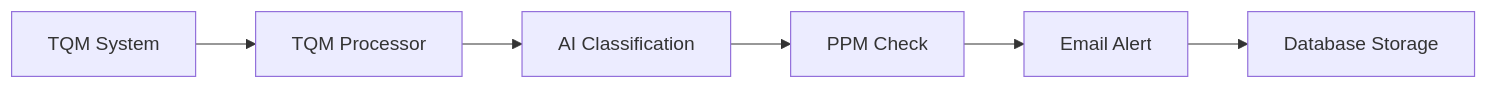
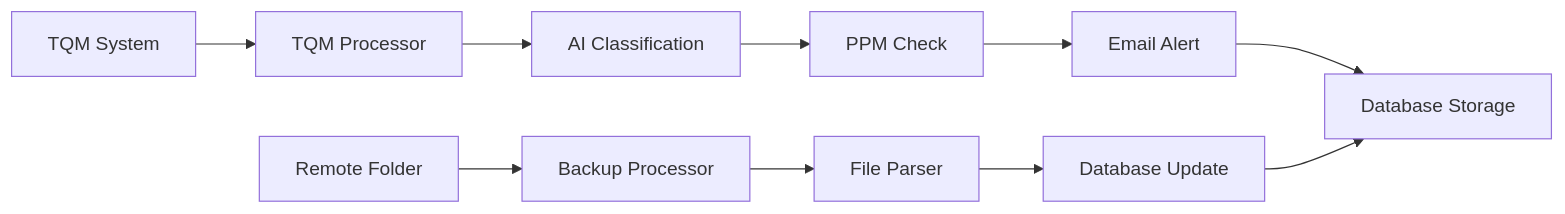
The diagram in README.md (fiveflower0130/automatic-ppm-criterion-highlight-system), drawn with Mermaid before and after one commit. The commit also changed other lines of this file, not shown here.

First line of the commit message:
feat(backup): 新增機鑽圖檔自動備份功能與相關處理流程

````diff
--- a/README.md
+++ b/README.md
@@ -26,8 +33,13 @@
 ```mermaid
 graph LR
     A[TQM System] --> B[TQM Processor]
     B --> C[AI Classification]
     C --> D[PPM Check]
     D --> E[Email Alert]
     E --> F[Database Storage]
+    
+    G[Remote Folder] --> H[Backup Processor]
+    H --> I[File Parser]
+    I --> J[Database Update]
+    J --> F
 ```
````
